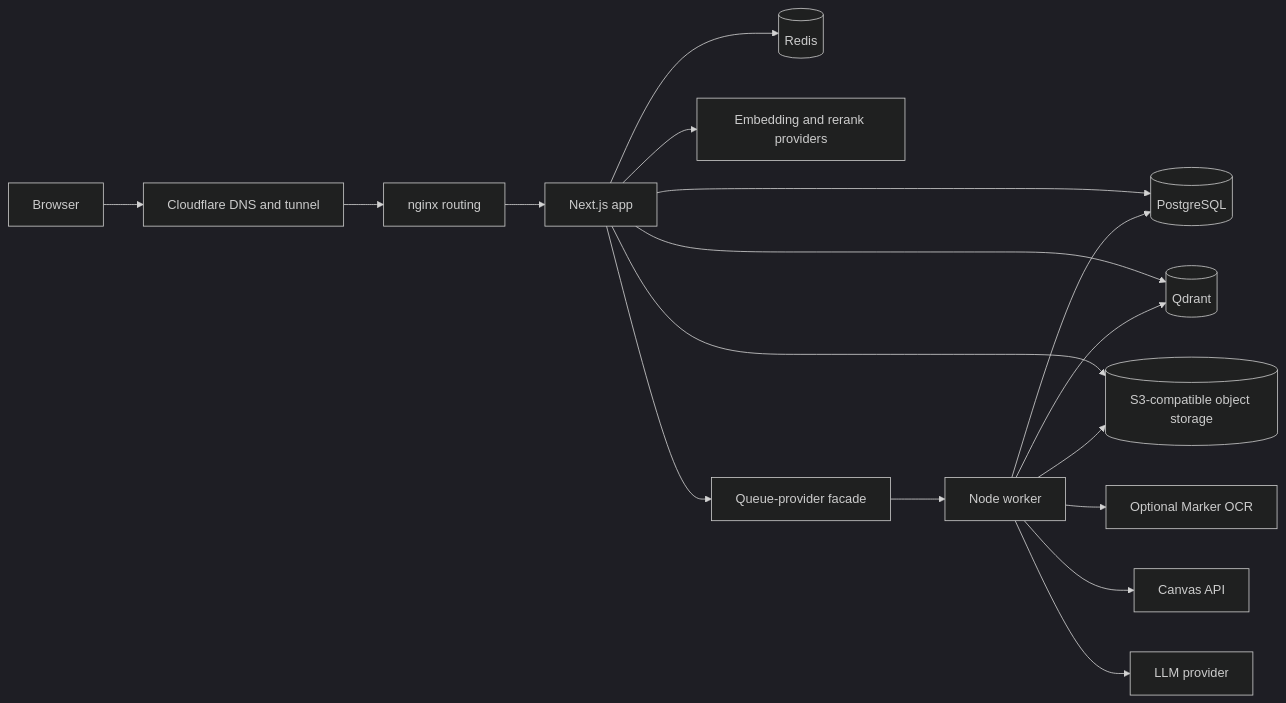
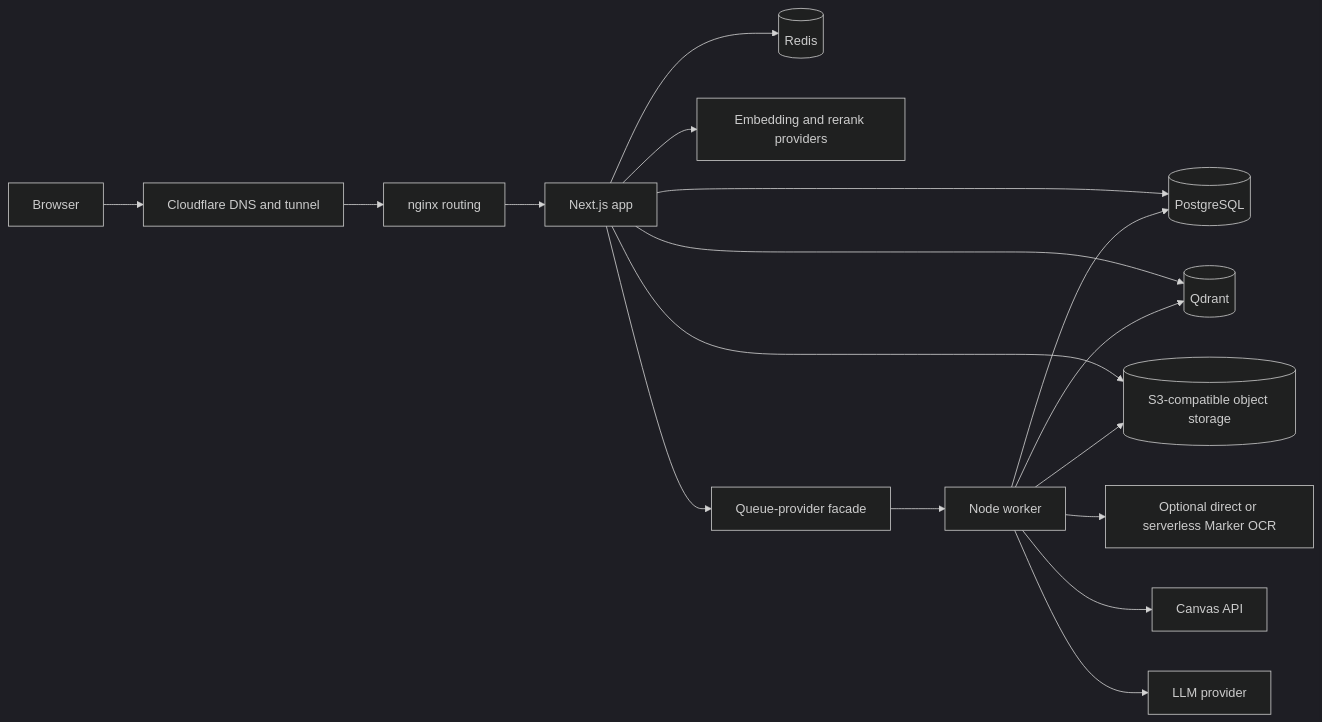
One commit to semyonfox/oghma changed the diagram in docs/engineering/architecture.md. Above: the diagram before and after it, drawn with Mermaid (dark theme). The commit also changed other lines of this file and 69 other files, not shown here.

````diff
--- a/docs/engineering/architecture.md
+++ b/docs/engineering/architecture.md
@@ -15,21 +15,21 @@
 ```mermaid
 flowchart LR
     Browser --> Edge[Cloudflare DNS and tunnel]
     Edge --> Nginx[nginx routing]
     Nginx --> App[Next.js app]
 
     App --> Postgres[(PostgreSQL)]
     App --> Redis[(Redis)]
     App --> Qdrant[(Qdrant)]
     App --> Objects[(S3-compatible object storage)]
     App --> AI[Embedding and rerank providers]
 
     App --> Queue[Queue-provider facade]
     Queue --> Worker[Node worker]
     Worker --> Postgres
     Worker --> Qdrant
     Worker --> Objects
-    Worker --> OCR[Optional Marker OCR]
+    Worker --> OCR[Optional direct or serverless Marker OCR]
     Worker --> Canvas[Canvas API]
     Worker --> LLM[LLM provider]
 ```
````
